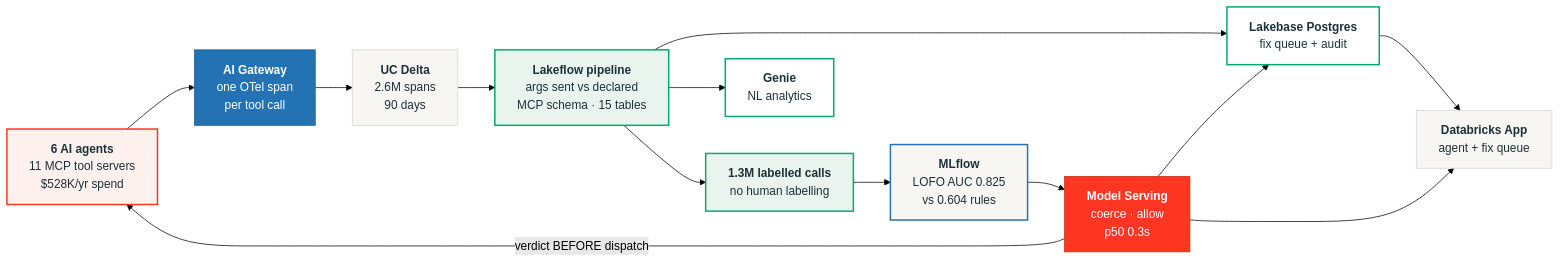
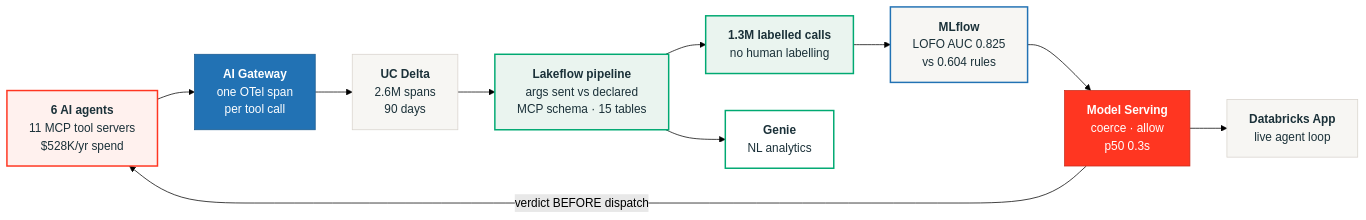
One commit to 29sonakshi/stop-agent-waste changed the diagram in docs/architecture-overview.mmd. Above: the diagram before and after it, drawn with Mermaid (forest theme). The commit also changed 20 other files, not shown here.

```diff
--- a/docs/architecture-overview.mmd
+++ b/docs/architecture-overview.mmd
@@ -1,27 +1,23 @@
 flowchart LR
   classDef agents fill:#FFF1EE,stroke:#FF3621,stroke-width:2px,color:#1B3139
   classDef gw     fill:#2272B4,stroke:#1A5A8F,color:#FFFFFF
   classDef lake   fill:#F7F6F3,stroke:#D8D3CC,color:#1B3139
   classDef pipe   fill:#EAF4EF,stroke:#00A972,stroke-width:2px,color:#1B3139
   classDef ml     fill:#F7F6F3,stroke:#2272B4,stroke-width:2px,color:#1B3139
   classDef serve  fill:#FF3621,stroke:#C72A19,color:#FFFFFF
   classDef pg     fill:#FFFFFF,stroke:#00A972,stroke-width:2px,color:#1B3139
 
   A["<b>6 AI agents</b><br/>11 MCP tool servers<br/>$528K/yr spend"]:::agents
   G["<b>AI Gateway</b><br/>one OTel span<br/>per tool call"]:::gw
   D["<b>UC Delta</b><br/>2.6M spans<br/>90 days"]:::lake
   P["<b>Lakeflow pipeline</b><br/>args sent vs declared<br/>MCP schema · 15 tables"]:::pipe
   L["<b>1.3M labelled calls</b><br/>no human labelling"]:::pipe
   T["<b>MLflow</b><br/>LOFO AUC 0.825<br/>vs 0.604 rules"]:::ml
   S["<b>Model Serving</b><br/>coerce · allow<br/>p50 0.3s"]:::serve
-  B["<b>Lakebase Postgres</b><br/>fix queue + audit"]:::pg
   N["<b>Genie</b><br/>NL analytics"]:::pg
-  W["<b>Databricks App</b><br/>agent + fix queue"]:::lake
+  W["<b>Databricks App</b><br/>live agent loop"]:::lake
 
   A --> G --> D --> P --> L --> T --> S
   S -->|"verdict BEFORE dispatch"| A
-  P --> B
   P --> N
-  S --> B
-  B --> W
   S --> W
```
